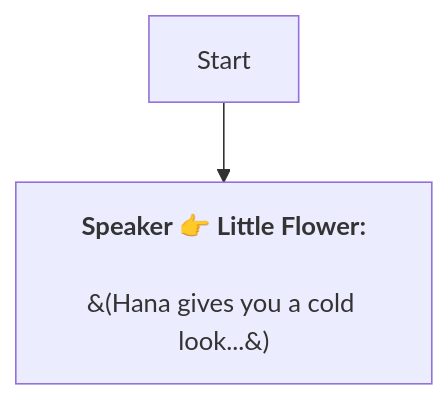
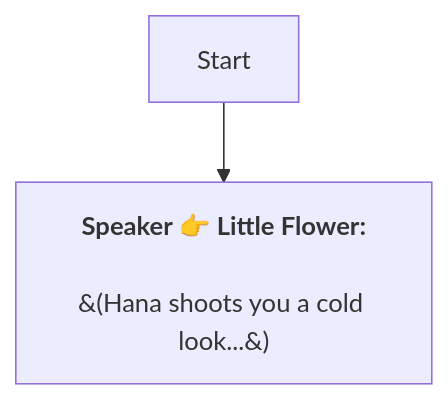
Before and after one commit to SoftHu/tos_avg: the diagram in En/Hana.md, drawn with Mermaid. The commit also changed 297 other files, not shown here.

````diff
--- a/En/Hana.md
+++ b/En/Hana.md
@@ -1,7 +1,7 @@
 ```mermaid
 graph
 Start -->1741632280964361[<b>Speaker 👉 Little Flower:</b>
 
-&#40;Hana gives you a cold look...&#41;]
+&#40;Hana shoots you a cold look...&#41;]
 
  ```
````
